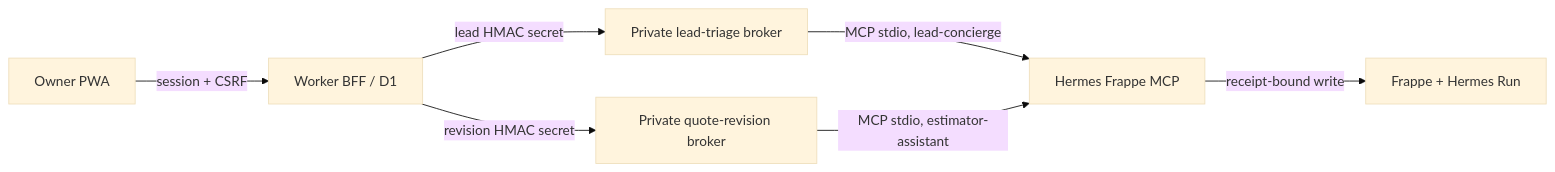
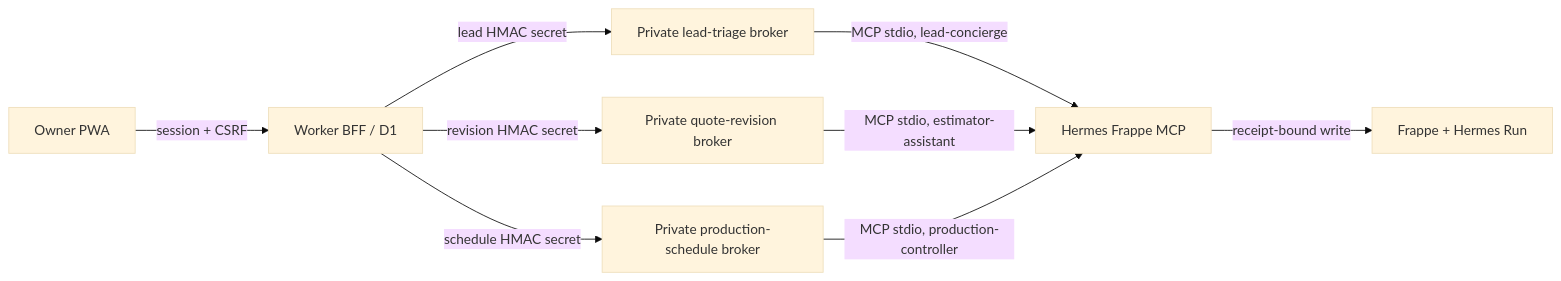
The diagram in docs/APPROVAL-BROKER-CONTRACT.md (Iron-Wrap/ironwrap-os), drawn with Mermaid (base theme) before and after one commit. The commit also changed other lines of this file and 39 other files, not shown here.

Commit message:
feat(production): add governed schedule approvals

````diff
--- a/docs/APPROVAL-BROKER-CONTRACT.md
+++ b/docs/APPROVAL-BROKER-CONTRACT.md
@@ -29,9 +30,11 @@
 ```mermaid
 flowchart LR
   PWA["Owner PWA"] -->|"session + CSRF"| Worker["Worker BFF / D1"]
   Worker -->|"lead HMAC secret"| LeadBroker["Private lead-triage broker"]
   Worker -->|"revision HMAC secret"| RevisionBroker["Private quote-revision broker"]
+  Worker -->|"schedule HMAC secret"| ScheduleBroker["Private production-schedule broker"]
   LeadBroker -->|"MCP stdio, lead-concierge"| MCP["Hermes Frappe MCP"]
   RevisionBroker -->|"MCP stdio, estimator-assistant"| MCP
+  ScheduleBroker -->|"MCP stdio, production-controller"| MCP
   MCP -->|"receipt-bound write"| Frappe["Frappe + Hermes Run"]
 ```
````
